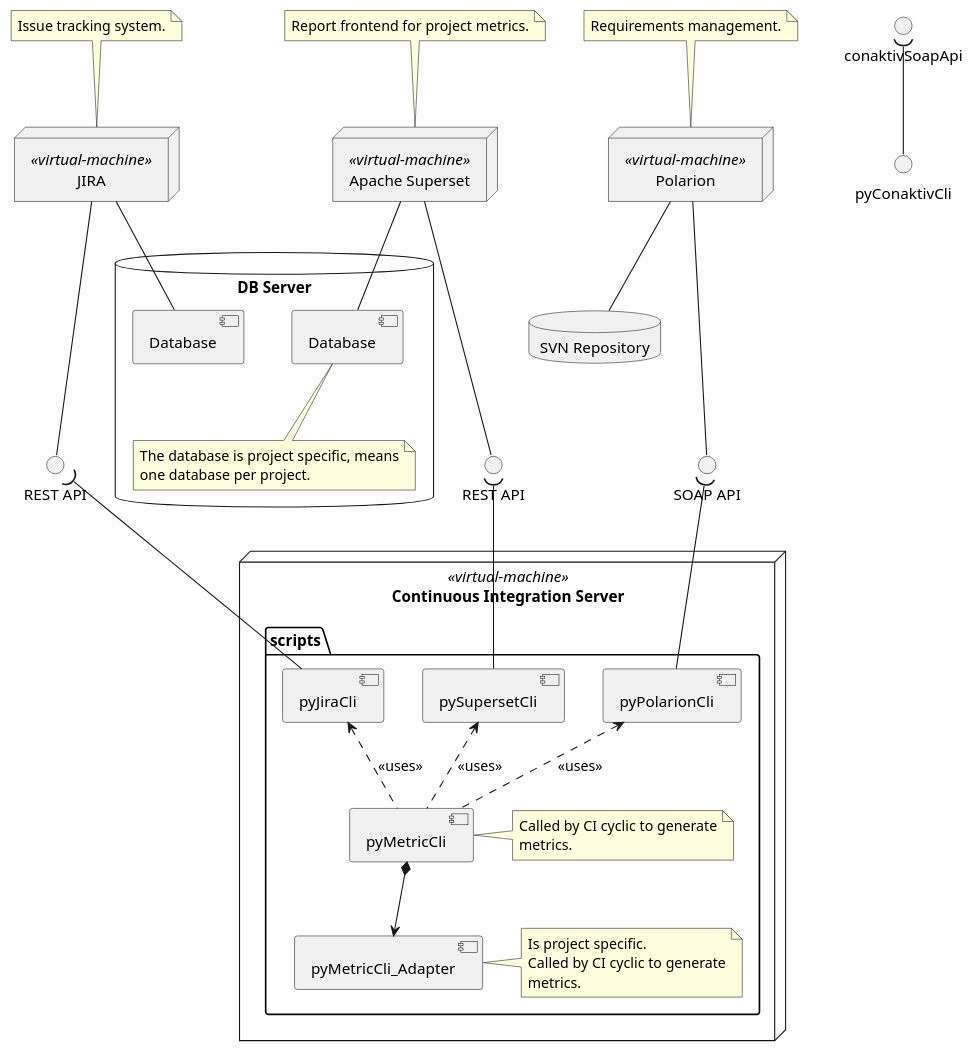
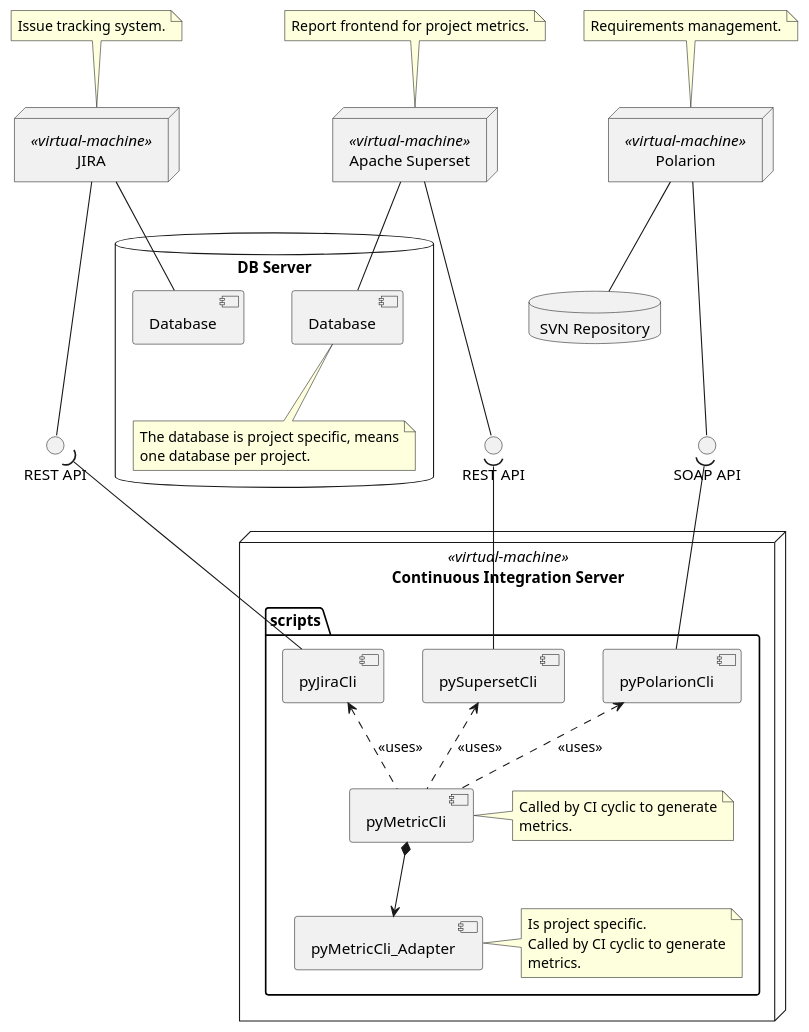
Before and after one commit to NewTec-GmbH/pyMetricCli: the diagram in doc/uml/deployment.puml, drawn with PlantUML. The commit also changed 3 other files, not shown here.

Commit message:
Improved documentation. Added UML diagrams

```diff
--- a/doc/uml/deployment.puml
+++ b/doc/uml/deployment.puml
@@ -1,80 +1,78 @@
 @startuml DeploymentDiagram
 
 node "Apache Superset"<<virtual-machine>> as superset
 
 database "DB Server" {
     component "Database" as supersetDb
 
     note bottom of supersetDb
         The database is project specific, means
         one database per project.
     end note
 
     component "Database" as jiraDb
 }
 
 node "Polarion"<<virtual-machine>> as polarion
 database "SVN Repository" as svnRepo
 
 node "JIRA"<<virtual-machine>> as jira
 
 interface "REST API" as supersetRestApi
 interface "REST API" as jiraRestApi
 interface "SOAP API" as polarionSoapApi
 
 superset --- supersetRestApi
 jira --- jiraRestApi
 jira -- jiraDb
 polarion --- polarionSoapApi
 polarion -- svnRepo
 
 superset -- supersetDb
 
 node "Continuous Integration Server"<<virtual-machine>> {
 
     package "scripts" {
         component "pyJiraCli" as pyJiraCli
         component "pyPolarionCli" as pyPolarionCli
         component "pySupersetCli" as pySupersetCli
         component "pyMetricCli" as pyMetricCli
         component "pyMetricCli_Adapter" as adapter
 
         pyJiraCli <.. pyMetricCli: <<uses>>
         pyPolarionCli <.. pyMetricCli: <<uses>>
         pySupersetCli <.. pyMetricCli: <<uses>>
         pyMetricCli *--> adapter
 
         note right of pyMetricCli
             Called by CI cyclic to generate
             metrics.
         end note
 
         note right of adapter
             Is project specific.
             Called by CI cyclic to generate
             metrics.
         end note
     }
 }
 
 jiraRestApi )-- pyJiraCli
 polarionSoapApi )-- pyPolarionCli
 
 supersetRestApi )-- pySupersetCli
 
-conaktivSoapApi )-- pyConaktivCli
-
 note top of superset
     Report frontend for project metrics.
 end note
 
 note top of jira
     Issue tracking system.
 end note
 
 note top of polarion
     Requirements management.
 end note
 
 
 @enduml
```
